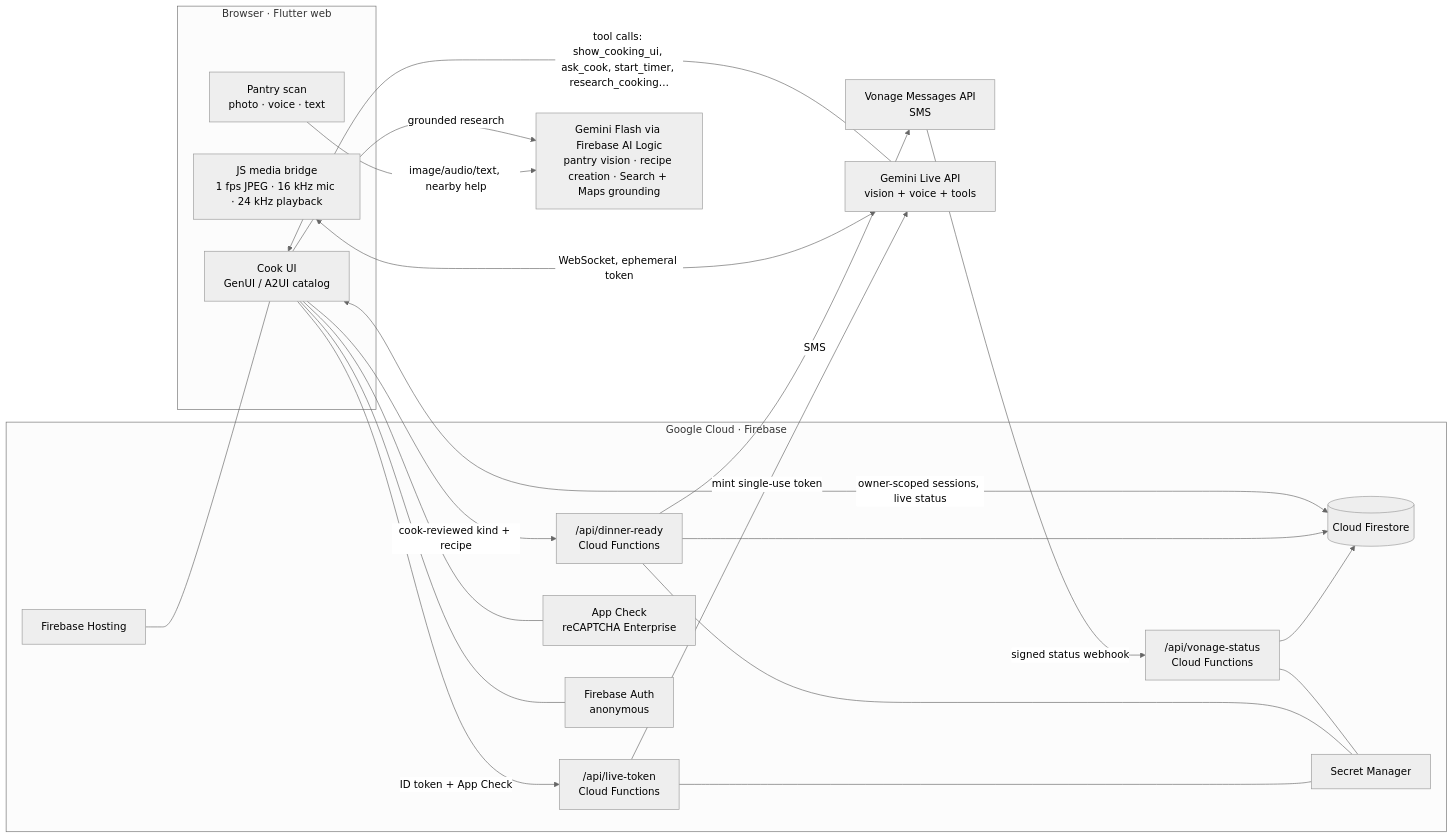
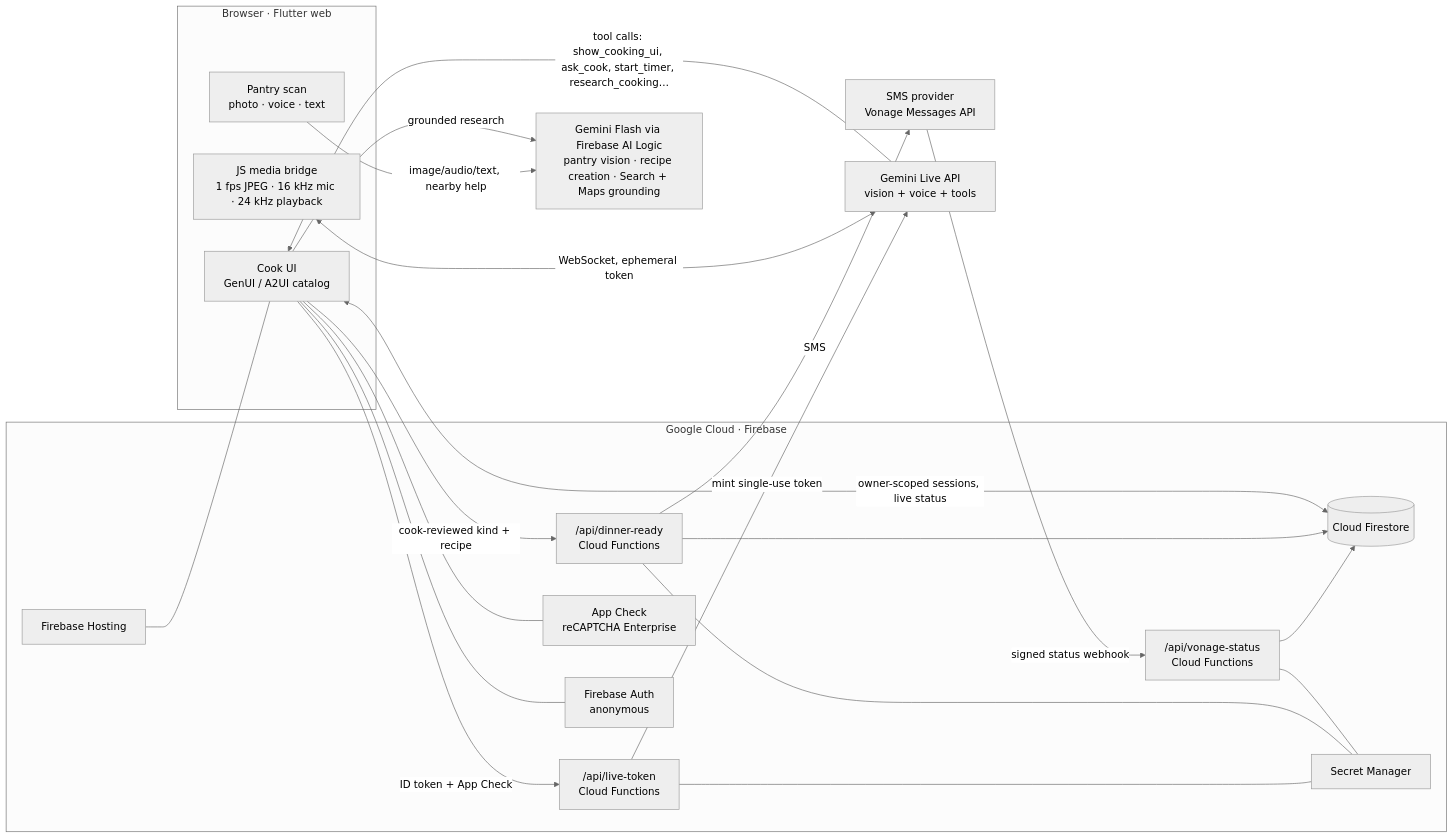
Before and after one commit to terryhh/SousSight: the diagram in README.md, drawn with Mermaid (neutral theme). The commit also changed other lines of this file and 2 other files, not shown here.

````diff
--- a/README.md
+++ b/README.md
@@ -22,37 +47,37 @@
 ```mermaid
 flowchart LR
   subgraph Browser["Browser · Flutter web"]
     UI["Cook UI<br/>GenUI / A2UI catalog"]
     Pantry["Pantry scan<br/>photo · voice · text"]
     Bridge["JS media bridge<br/>1 fps JPEG · 16 kHz mic · 24 kHz playback"]
   end
   subgraph Google["Google Cloud · Firebase"]
     Hosting["Firebase Hosting"]
     Token["/api/live-token<br/>Cloud Functions"]
     Dinner["/api/dinner-ready<br/>Cloud Functions"]
     Status["/api/vonage-status<br/>Cloud Functions"]
     FS[("Cloud Firestore")]
     SM["Secret Manager"]
     AC["App Check<br/>reCAPTCHA Enterprise"]
     Auth["Firebase Auth<br/>anonymous"]
   end
   Live["Gemini Live API<br/>vision + voice + tools"]
   Flash["Gemini Flash via Firebase AI Logic<br/>pantry vision · recipe creation · Search + Maps grounding"]
-  Vonage["Vonage Messages API<br/>SMS"]
+  SMS["SMS provider<br/>Vonage Messages API"]
 
   Pantry -->|image/audio/text, nearby help| Flash
   UI -->|grounded research| Flash
   Bridge <-->|WebSocket, ephemeral token| Live
   Live -->|tool calls: show_cooking_ui, ask_cook, start_timer, research_cooking…| UI
   UI -->|ID token + App Check| Token
   Token -->|mint single-use token| Live
   UI -->|cook-reviewed kind + recipe| Dinner
-  Dinner -->|SMS| Vonage
-  Vonage -->|signed status webhook| Status
+  Dinner -->|SMS| SMS
+  SMS -->|signed status webhook| Status
   Status --> FS
   Dinner --> FS
   UI <-->|owner-scoped sessions, live status| FS
   Token & Dinner & Status --- SM
   UI --- AC & Auth
   Hosting --- UI
 ```
````
